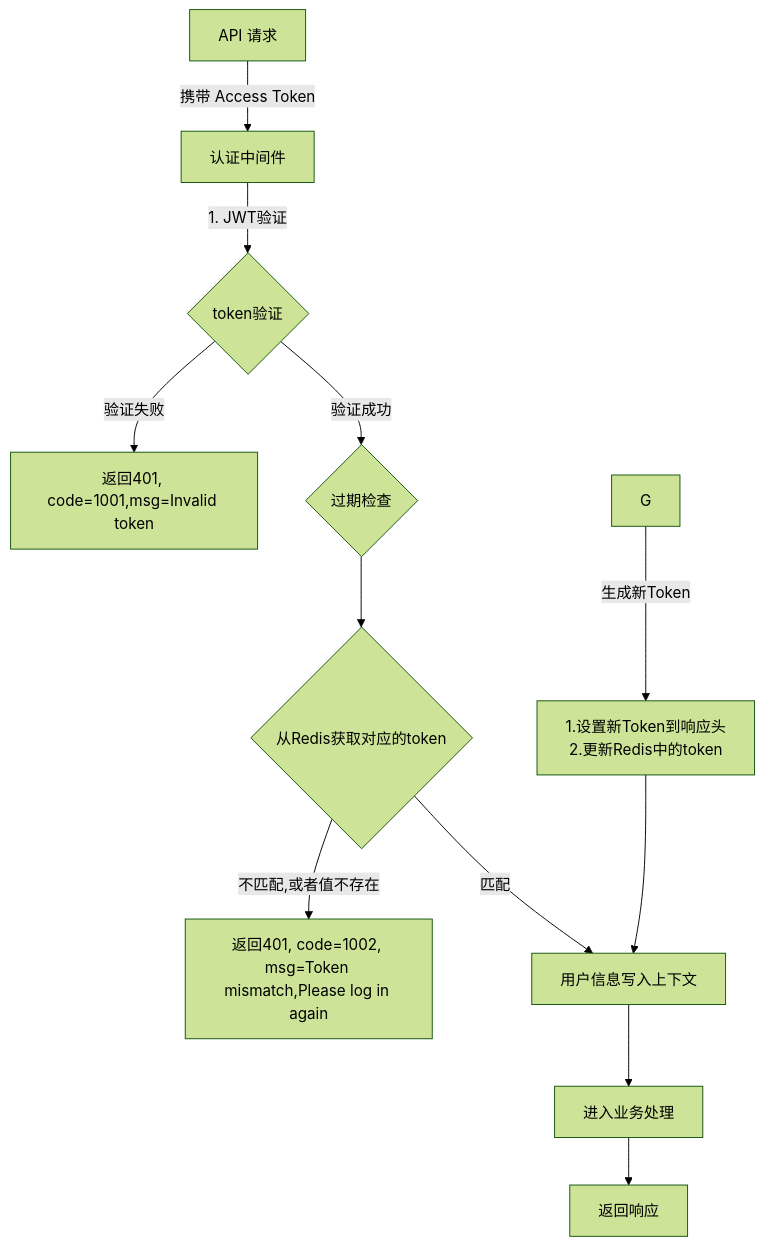
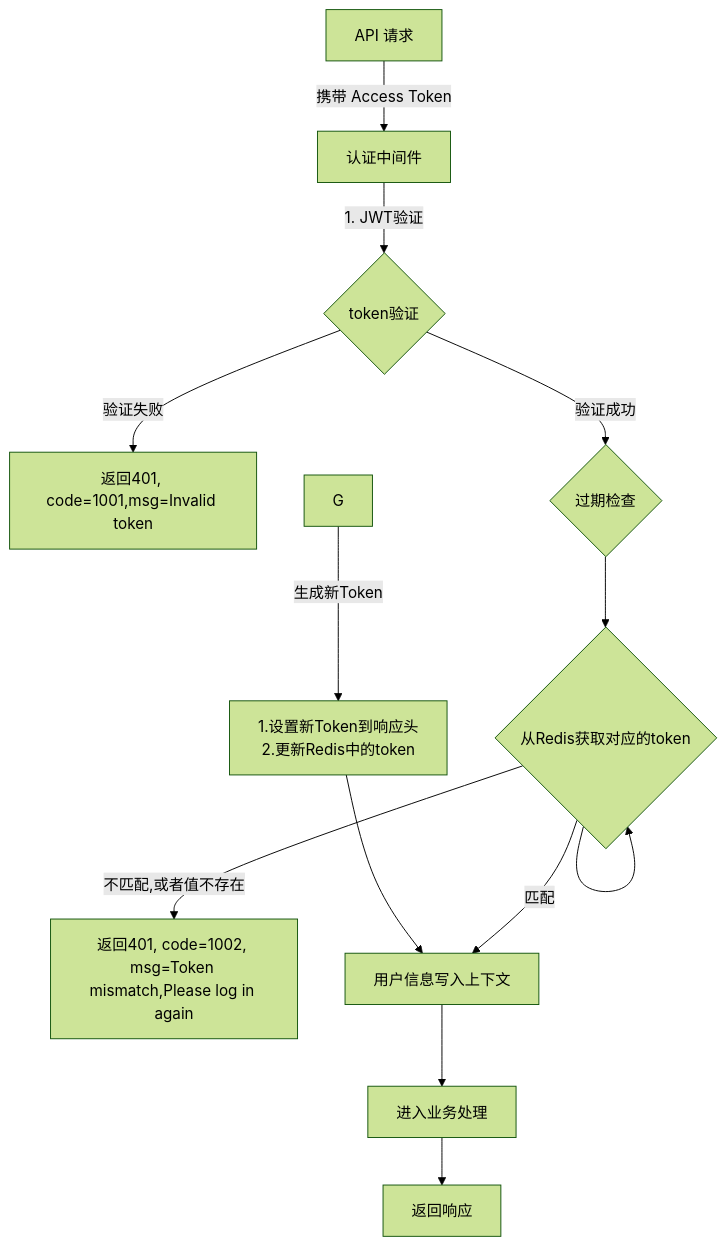
The diagram in all/未命名-16.md (yingjianzh/iodraw-files), drawn with Mermaid (forest theme) before and after one commit.

Commit message:
2025-01-08 14:54:31 update

````diff
--- a/all/未命名-16.md
+++ b/all/未命名-16.md
@@ -1,20 +1,20 @@
 ```mermaid
 
 flowchart TD
     A[API 请求] -->|携带 Access Token| B[认证中间件]
     B -->|1. JWT验证| C{token验证}
     C -->|验证失败| D[返回401, code=1001,msg=Invalid token]
     C -->|验证成功| F{过期检查}
     
     F -->I{从Redis获取对应的token}
-    
+    I --> 
     I -->|不匹配,或者值不存在| J[返回401, code=1002, msg=Token mismatch,Please log in again]
     I -->|匹配| K[用户信息写入上下文]
     K --> L[进入业务处理]
     L --> N[返回响应]
     
     G -->|生成新Token| M["1.设置新Token到响应头
     2.更新Redis中的token"]
     M --> K
 
 ```
````
